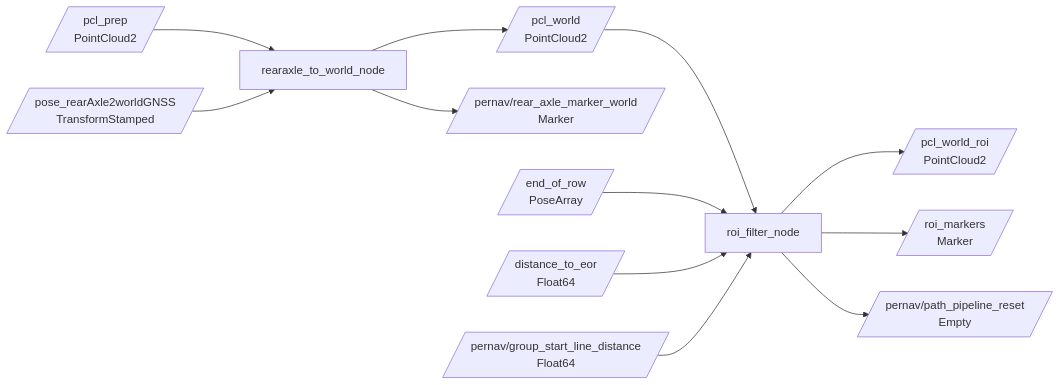
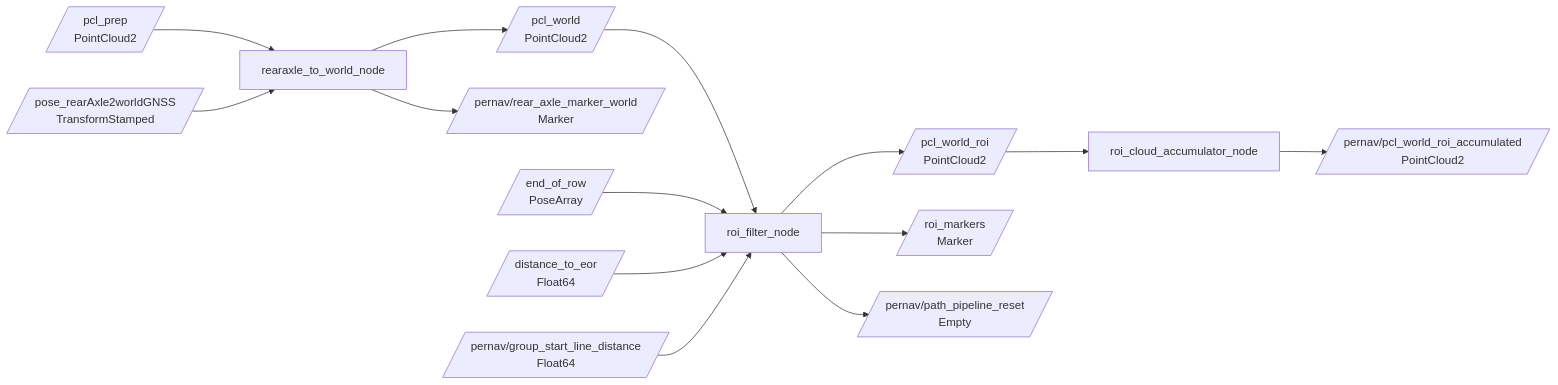
One commit to burakFM/pernav_path_detection changed the diagram in pernav_world_transform/README.md. Above: the diagram before and after it, drawn with Mermaid. The commit also changed other lines of this file and 9 other files, not shown here.

Commit message:
Add accumulated ROI row detection

````diff
--- a/pernav_world_transform/README.md
+++ b/pernav_world_transform/README.md
@@ -7,14 +7,16 @@
 ```mermaid
 flowchart LR
     A[/pcl_prep<br/>PointCloud2/] --> T[rearaxle_to_world_node]
     B[/pose_rearAxle2worldGNSS<br/>TransformStamped/] --> T
     T --> C[/pcl_world<br/>PointCloud2/]
     T --> R[/pernav/rear_axle_marker_world<br/>Marker/]
     C --> F[roi_filter_node]
     D[/end_of_row<br/>PoseArray/] --> F
     E[/distance_to_eor<br/>Float64/] --> F
     I[/pernav/group_start_line_distance<br/>Float64/] --> F
     F --> G[/pcl_world_roi<br/>PointCloud2/]
+    G --> K[roi_cloud_accumulator_node]
+    K --> L[/pernav/pcl_world_roi_accumulated<br/>PointCloud2/]
     F --> H[/roi_markers<br/>Marker/]
     F --> J[/pernav/path_pipeline_reset<br/>Empty/]
 ```
````
